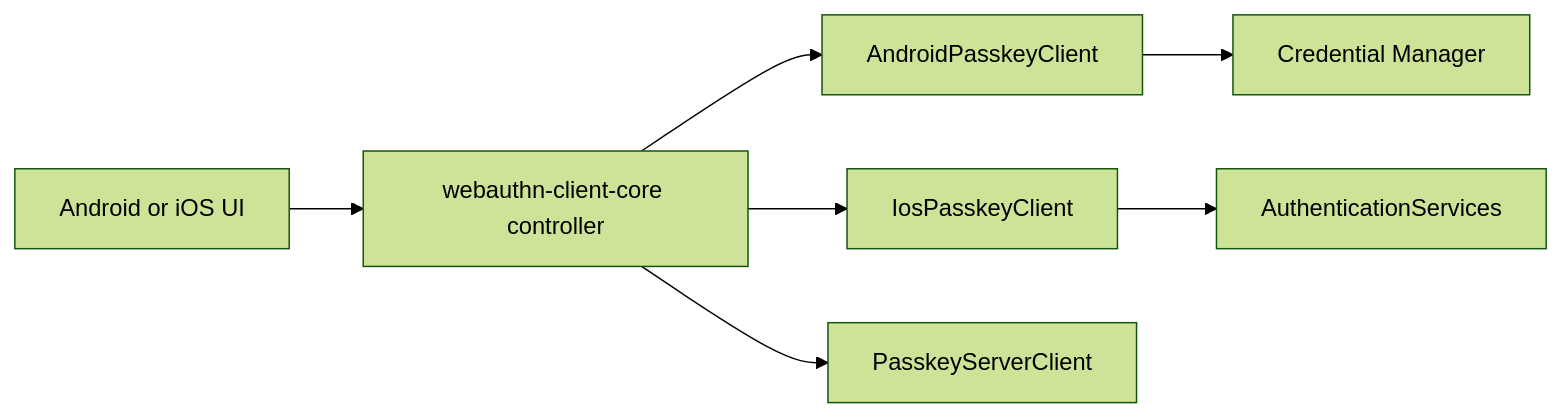
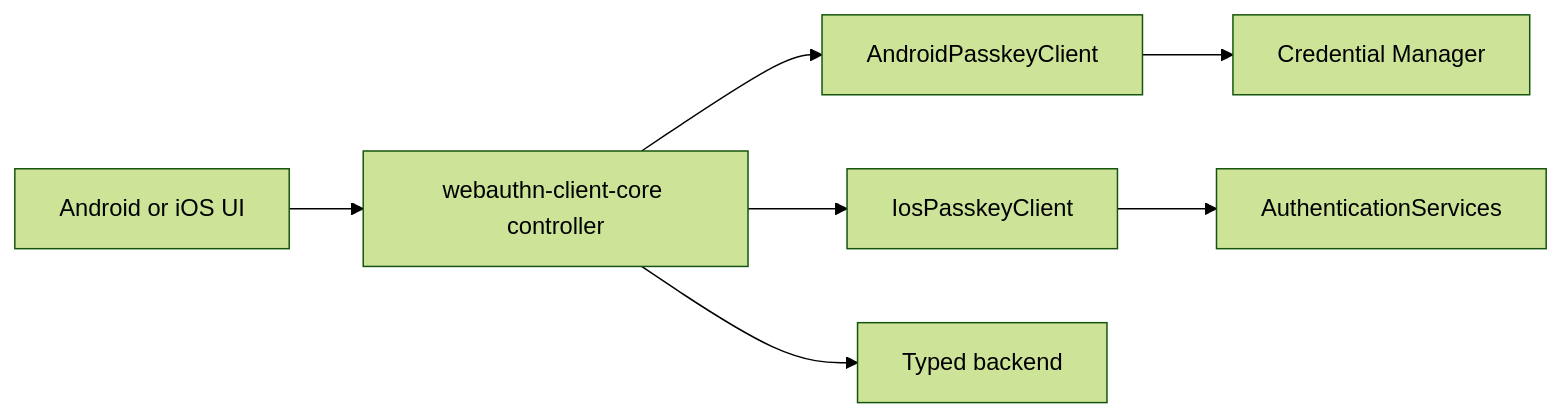
The diagram in client/webauthn-client-platform/README.md (szijpeter/webauthn-kotlin-multiplatform), drawn with Mermaid (forest theme) before and after one commit. The commit also changed other lines of this file and 25 other files, not shown here.

Commit message:
refactor(flow): remove legacy controller APIs

````diff
--- a/client/webauthn-client-platform/README.md
+++ b/client/webauthn-client-platform/README.md
@@ -51,9 +51,9 @@
 ```mermaid
 flowchart LR
     UI["Android or iOS UI"] --> CORE["webauthn-client-core controller"]
     CORE --> ANDROID["AndroidPasskeyClient"]
     CORE --> IOS["IosPasskeyClient"]
     ANDROID --> CM["Credential Manager"]
     IOS --> AS["AuthenticationServices"]
-    CORE --> NET["PasskeyServerClient"]
+    CORE --> NET["Typed backend"]
 ```
````
